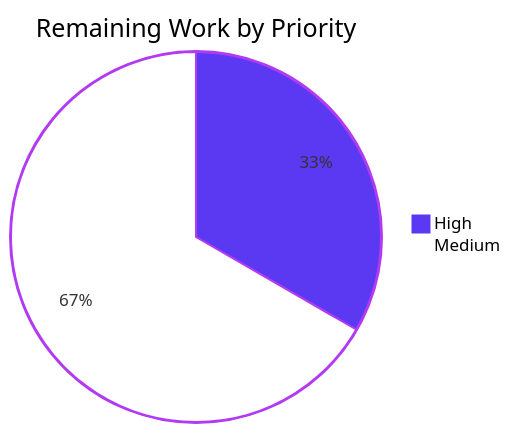
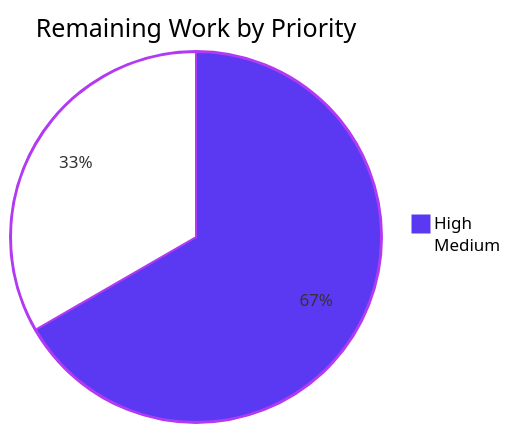
Before and after one commit to blitzy-build-in-public/ep_np_02-511d0ab5: the third of 3 diagrams in blitzy/documentation/Project Guide - 57de2fba-905d-4ac8-ae7a-c2fdf72f8589.md, drawn with Mermaid. The commit also changed other lines of this file, not shown here.

````diff
--- a/blitzy/documentation/Project Guide - 57de2fba-905d-4ac8-ae7a-c2fdf72f8589.md
+++ b/blitzy/documentation/Project Guide - 57de2fba-905d-4ac8-ae7a-c2fdf72f8589.md
@@ -199,6 +207,6 @@
 ```mermaid
 %%{init: {"themeVariables": {"pie1": "#5B39F3", "pie2": "#FFFFFF", "pieOpacity": "1", "pieStrokeColor": "#B23AF2", "pieOuterStrokeColor": "#B23AF2"}}}%%
 pie title Remaining Work by Priority
-    "High" : 2
-    "Medium" : 4
+    "High" : 4
+    "Medium" : 2
 ```
````
